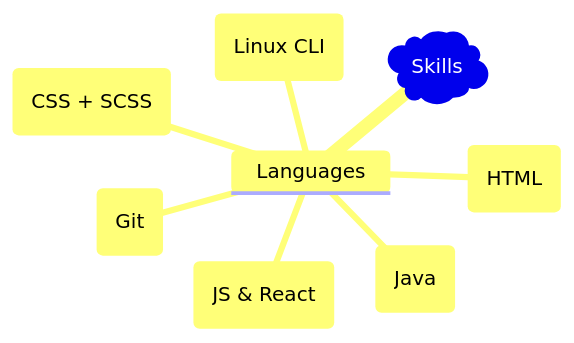
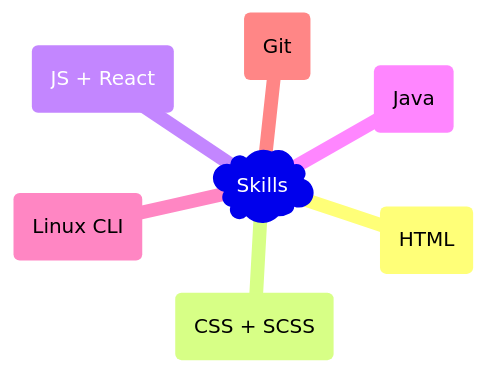
Before and after one commit to darkdr1ver/darkdr1ver: the diagram in README.md, drawn with Mermaid.

````diff
--- a/README.md
+++ b/README.md
@@ -10,11 +10,10 @@
 ```mermaid
 mindmap
   root)Skills(
-    Languages
-      HTML(HTML)
-      CSS(CSS + SCSS)
-      JS(JS & React)
-      Java(Java)
-      Linux(Linux CLI)
-      Git(Git)
+    HTML(HTML)
+    CSS(CSS + SCSS)
+    JS(JS + React)
+    Java(Java)
+    Linux(Linux CLI)
+    Git(Git)
 ```
````
